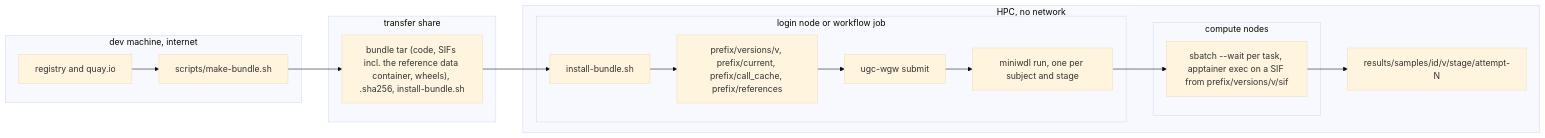
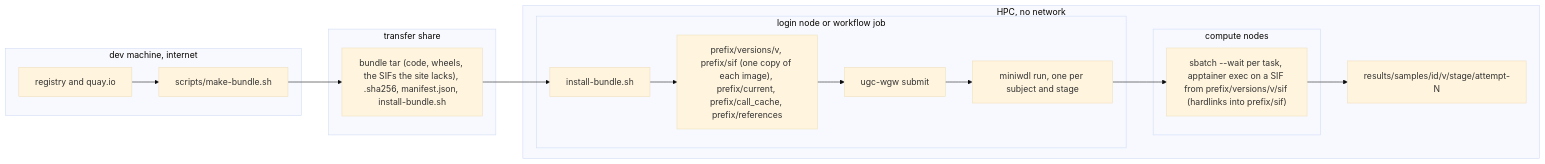
The diagram in docs/guide/04-install.md (UppsalaGenomeCenter/ugc-wgw), drawn with Mermaid (base theme) before and after one commit. The commit also changed other lines of this file and 73 other files, not shown here.

````diff
--- a/docs/guide/04-install.md
+++ b/docs/guide/04-install.md
@@ -36,25 +38,25 @@
 ```mermaid
 flowchart LR
   subgraph dev["dev machine, internet"]
     build["scripts/make-bundle.sh"]
     reg["registry and quay.io"]
     reg --> build
   end
   subgraph share["transfer share"]
-    tar["bundle tar (code, SIFs incl. the reference data container, wheels), .sha256, install-bundle.sh"]
+    tar["bundle tar (code, wheels, the SIFs the site lacks), .sha256, manifest.json, install-bundle.sh"]
   end
   subgraph hpc["HPC, no network"]
     subgraph login["login node or workflow job"]
       inst["install-bundle.sh"]
-      prefix["prefix/versions/v, prefix/current, prefix/call_cache, prefix/references"]
+      prefix["prefix/versions/v, prefix/sif (one copy of each image), prefix/current, prefix/call_cache, prefix/references"]
       drv["ugc-wgw submit"]
       mw["miniwdl run, one per subject and stage"]
     end
     subgraph nodes["compute nodes"]
-      job["sbatch --wait per task, apptainer exec on a SIF from prefix/versions/v/sif"]
+      job["sbatch --wait per task, apptainer exec on a SIF from prefix/versions/v/sif (hardlinks into prefix/sif)"]
     end
     res["results/samples/id/v/stage/attempt-N"]
   end
   build --> tar --> inst --> prefix
   prefix --> drv --> mw --> job --> res
 ```
````
